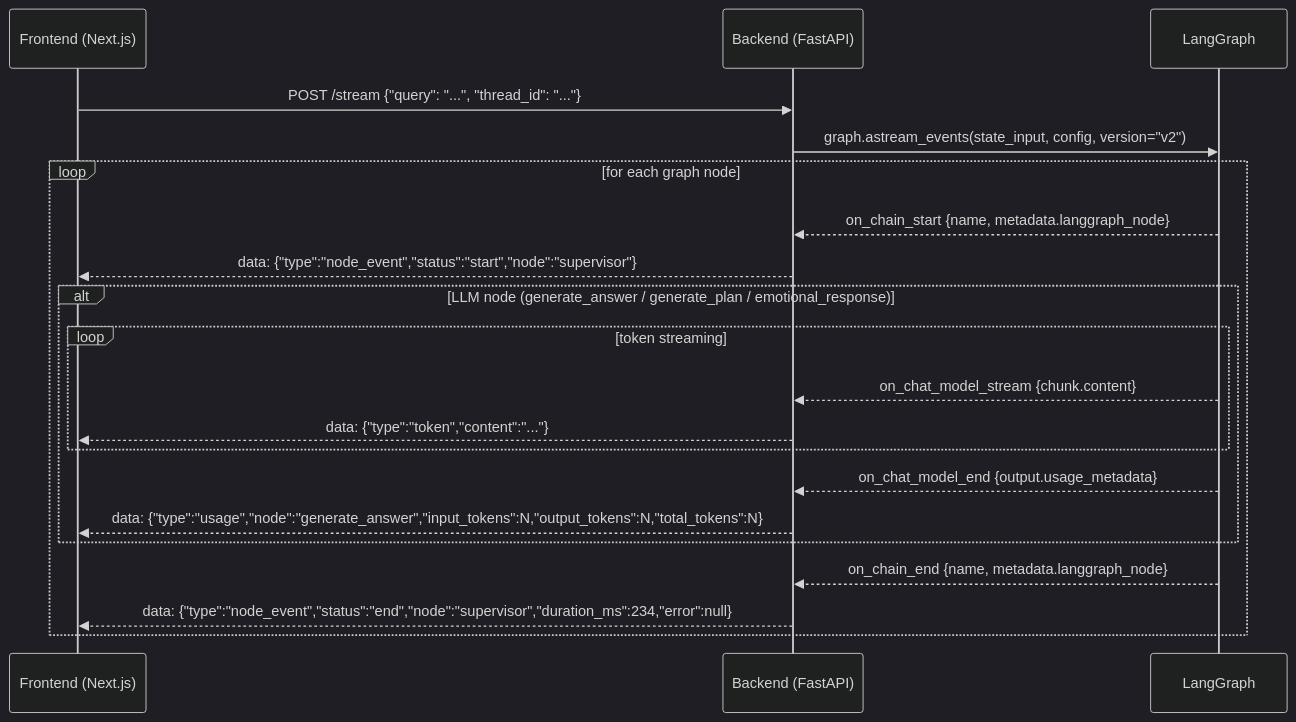
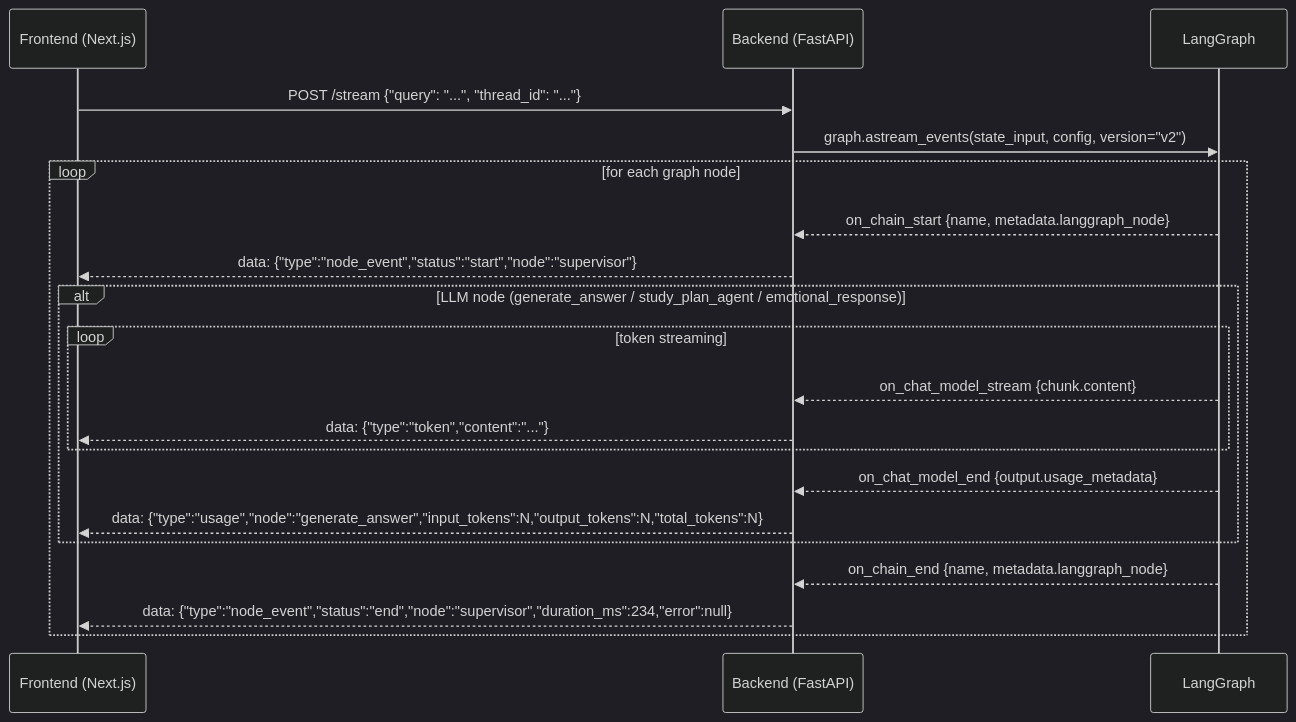
The fourth of 5 diagrams in docs/architecture/v0.2.0/diagram_design.md (kyle-1227/A3_study_agent), drawn with Mermaid (dark theme) before and after one commit. The commit also changed other lines of this file and 46 other files, not shown here.

````diff
--- a/docs/architecture/v0.2.0/diagram_design.md
+++ b/docs/architecture/v0.2.0/diagram_design.md
@@ -185,26 +185,26 @@
 ```mermaid
 sequenceDiagram
     participant FE as Frontend (Next.js)
     participant BE as Backend (FastAPI)
     participant LG as LangGraph
 
     FE->>BE: POST /stream {"query": "...", "thread_id": "..."}
     BE->>LG: graph.astream_events(state_input, config, version="v2")
 
     loop for each graph node
         LG-->>BE: on_chain_start {name, metadata.langgraph_node}
         BE-->>FE: data: {"type":"node_event","status":"start","node":"supervisor"}
 
-        alt LLM node (generate_answer / generate_plan / emotional_response)
+        alt LLM node (generate_answer / study_plan_agent / emotional_response)
             loop token streaming
                 LG-->>BE: on_chat_model_stream {chunk.content}
                 BE-->>FE: data: {"type":"token","content":"..."}
             end
             LG-->>BE: on_chat_model_end {output.usage_metadata}
             BE-->>FE: data: {"type":"usage","node":"generate_answer","input_tokens":N,"output_tokens":N,"total_tokens":N}
         end
 
         LG-->>BE: on_chain_end {name, metadata.langgraph_node}
         BE-->>FE: data: {"type":"node_event","status":"end","node":"supervisor","duration_ms":234,"error":null}
     end
 ```
````
